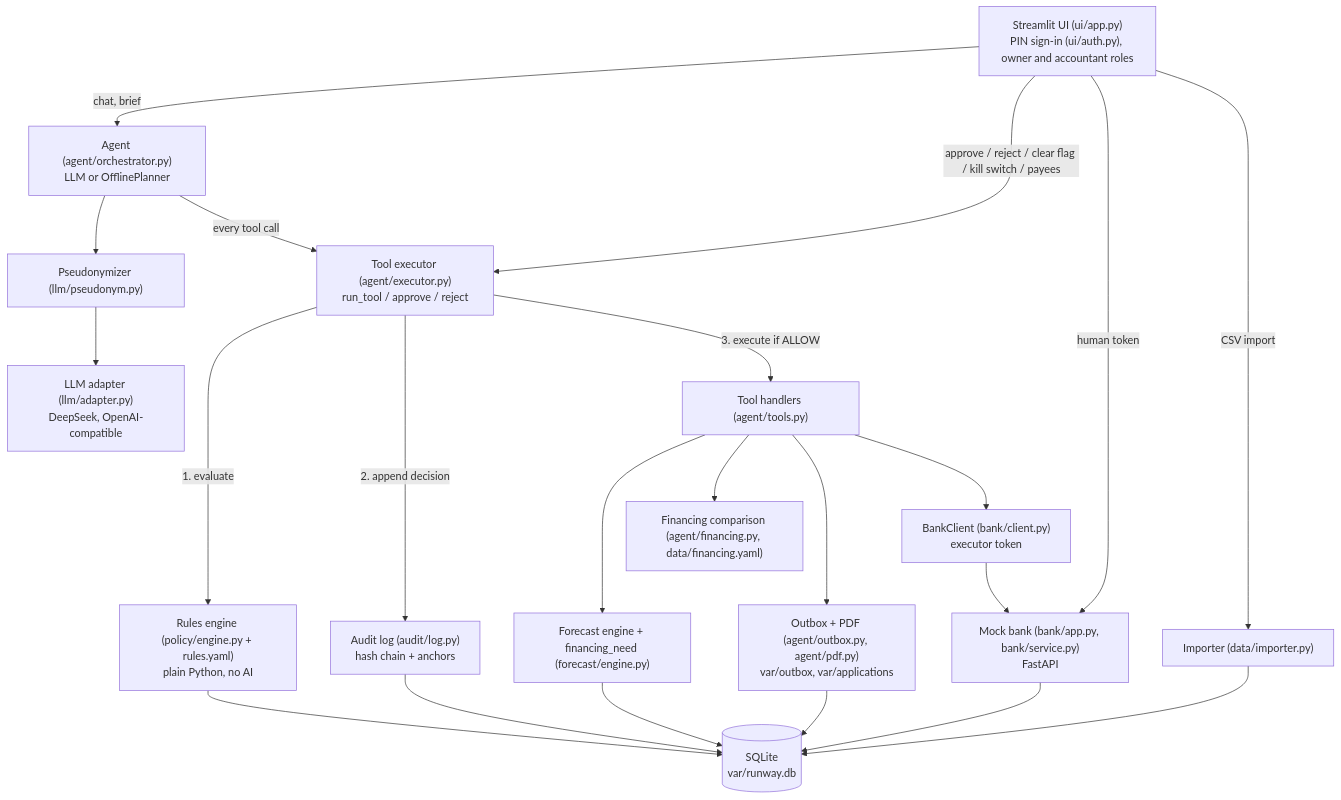
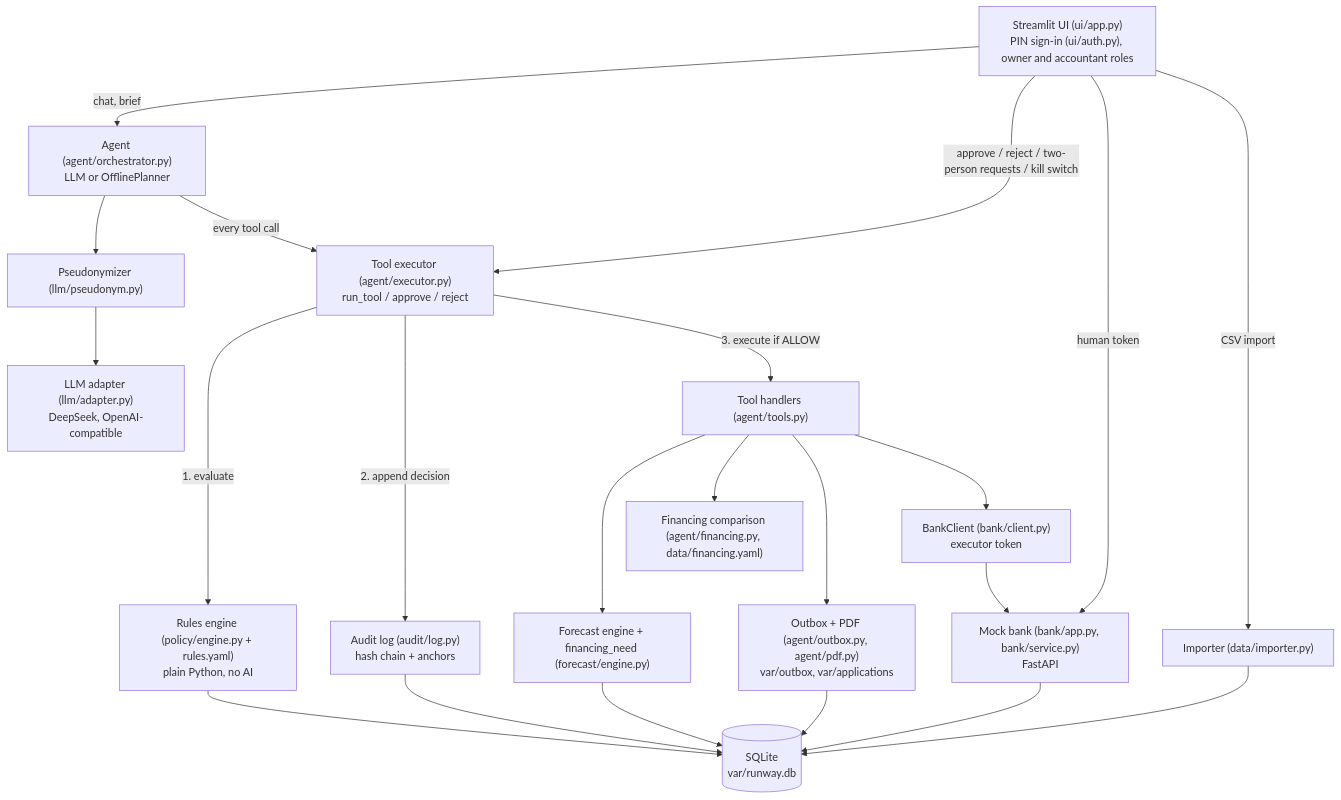
One commit to gabi200/runway changed the diagram in docs/architecture.md. Above: the diagram before and after it, drawn with Mermaid. The commit also changed other lines of this file and 8 other files, not shown here.

First line of the commit message:
Docs: bug-fix round, running-balance figures, two-person rule

````diff
--- a/docs/architecture.md
+++ b/docs/architecture.md
@@ -9,37 +9,37 @@
 ```mermaid
 flowchart TD
     UI["Streamlit UI (ui/app.py)<br/>PIN sign-in (ui/auth.py), owner and accountant roles"]
     AG["Agent (agent/orchestrator.py)<br/>LLM or OfflinePlanner"]
     PS["Pseudonymizer (llm/pseudonym.py)"]
     LLM["LLM adapter (llm/adapter.py)<br/>DeepSeek, OpenAI-compatible"]
     EX["Tool executor (agent/executor.py)<br/>run_tool / approve / reject"]
     POL["Rules engine (policy/engine.py + rules.yaml)<br/>plain Python, no AI"]
     AUD["Audit log (audit/log.py)<br/>hash chain + anchors"]
     TL["Tool handlers (agent/tools.py)"]
     FC["Forecast engine + financing_need (forecast/engine.py)"]
     FIN["Financing comparison (agent/financing.py, data/financing.yaml)"]
     OUT["Outbox + PDF (agent/outbox.py, agent/pdf.py)<br/>var/outbox, var/applications"]
     BC["BankClient (bank/client.py)<br/>executor token"]
     BANK["Mock bank (bank/app.py, bank/service.py)<br/>FastAPI"]
     DB[("SQLite<br/>var/runway.db")]
 
     UI -->|chat, brief| AG
-    UI -->|approve / reject / clear flag / kill switch / payees| EX
+    UI -->|approve / reject / two-person requests / kill switch| EX
     UI -->|human token| BANK
     UI -->|CSV import| IMP["Importer (data/importer.py)"]
     IMP --> DB
     AG --> PS --> LLM
     AG -->|every tool call| EX
     EX -->|1. evaluate| POL
     EX -->|2. append decision| AUD
     EX -->|3. execute if ALLOW| TL
     TL --> FC
     TL --> FIN
     TL --> OUT
     TL --> BC --> BANK
     POL --> DB
     AUD --> DB
     BANK --> DB
     FC --> DB
     OUT --> DB
 ```
````
